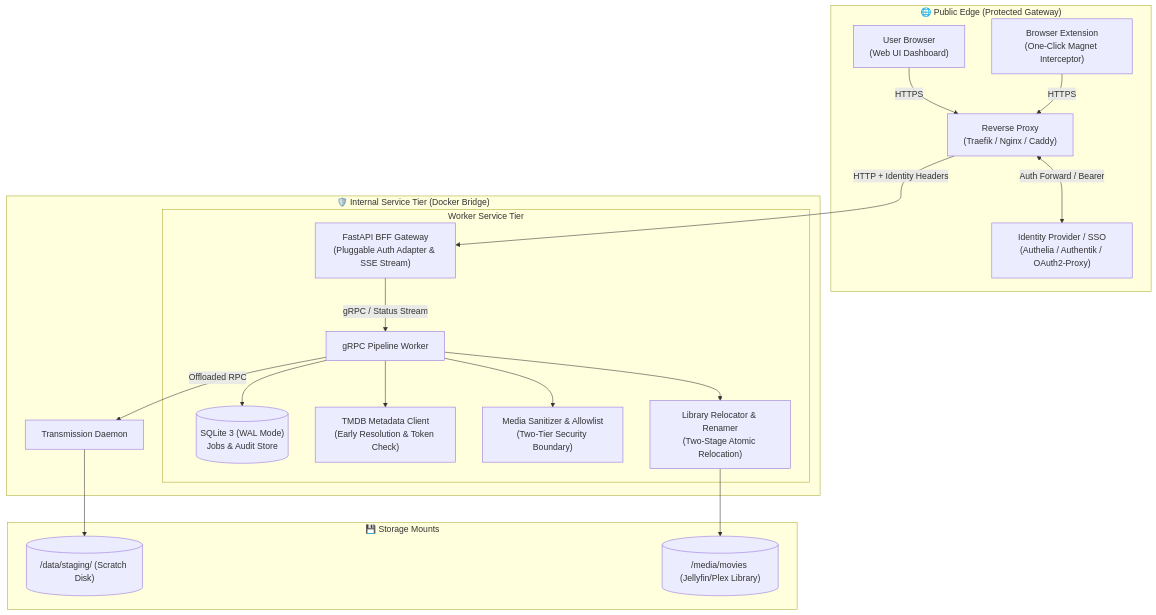
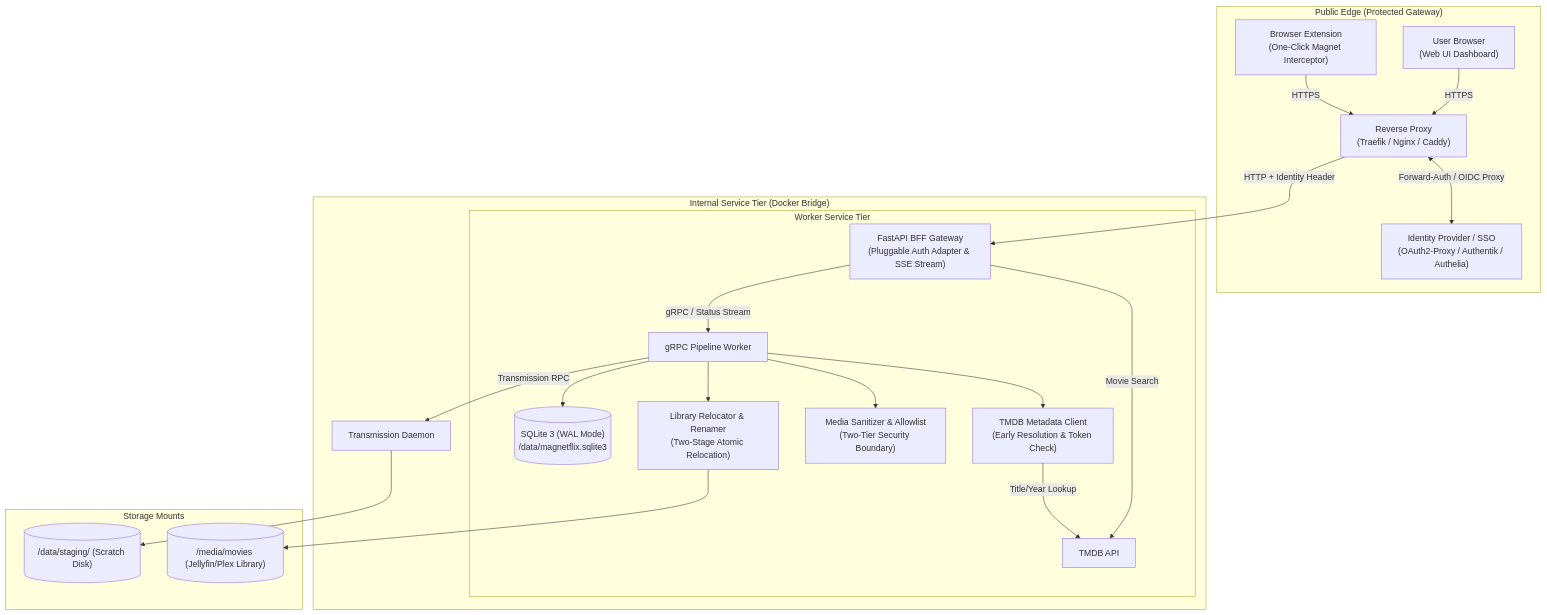
The first of 2 diagrams in docs/architecture.md (kiskaadee/MagNetFlix), drawn with Mermaid before and after one commit. The commit also changed other lines of this file and 6 other files, not shown here.

````diff
--- a/docs/architecture.md
+++ b/docs/architecture.md
@@ -9,27 +9,29 @@
 ```mermaid
 flowchart TB
-    subgraph Edge ["🌐 Public Edge (Protected Gateway)"]
+    subgraph Edge ["Public Edge (Protected Gateway)"]
         Browser["User Browser\n(Web UI Dashboard)"] -->|HTTPS| Proxy["Reverse Proxy\n(Traefik / Nginx / Caddy)"]
         Extension["Browser Extension\n(One-Click Magnet Interceptor)"] -->|HTTPS| Proxy
-        Proxy <-->|Auth Forward / Bearer| SSO["Identity Provider / SSO\n(Authelia / Authentik / OAuth2-Proxy)"]
+        Proxy <-->|Forward-Auth / OIDC Proxy| SSO["Identity Provider / SSO\n(OAuth2-Proxy / Authentik / Authelia)"]
     end
 
-    subgraph InternalServices ["🛡️ Internal Service Tier (Docker Bridge)"]
-        Proxy -->|HTTP + Identity Headers| BFF["FastAPI BFF Gateway\n(Pluggable Auth Adapter & SSE Stream)"]
-        
+    subgraph InternalServices ["Internal Service Tier (Docker Bridge)"]
+        Proxy -->|HTTP + Identity Header| BFF["FastAPI BFF Gateway\n(Pluggable Auth Adapter & SSE Stream)"]
+        BFF -->|Movie Search| TMDB["TMDB API"]
+
         subgraph WorkerApp ["Worker Service Tier"]
             BFF -->|gRPC / Status Stream| Worker["gRPC Pipeline Worker"]
-            Worker --> DB[("SQLite 3 (WAL Mode)\nJobs & Audit Store")]
+            Worker --> DB[("SQLite 3 (WAL Mode)\n/data/magnetflix.sqlite3")]
             Worker --> MetaService["TMDB Metadata Client\n(Early Resolution & Token Check)"]
+            MetaService -->|Title/Year Lookup| TMDB
             Worker --> Sanitizer["Media Sanitizer & Allowlist\n(Two-Tier Security Boundary)"]
             Worker --> StorageMgr["Library Relocator & Renamer\n(Two-Stage Atomic Relocation)"]
         end
 
-        Worker -->|Offloaded RPC| Torrent["Transmission Daemon"]
+        Worker -->|Transmission RPC| Torrent["Transmission Daemon"]
     end
 
-    subgraph Volumes ["💾 Storage Mounts"]
+    subgraph Volumes ["Storage Mounts"]
         Torrent --> StagingDir[("/data/staging/<job_id> (Scratch Disk)")]
         StorageMgr --> FinalMedia[("/media/movies (Jellyfin/Plex Library)")]
     end
 ```
````
